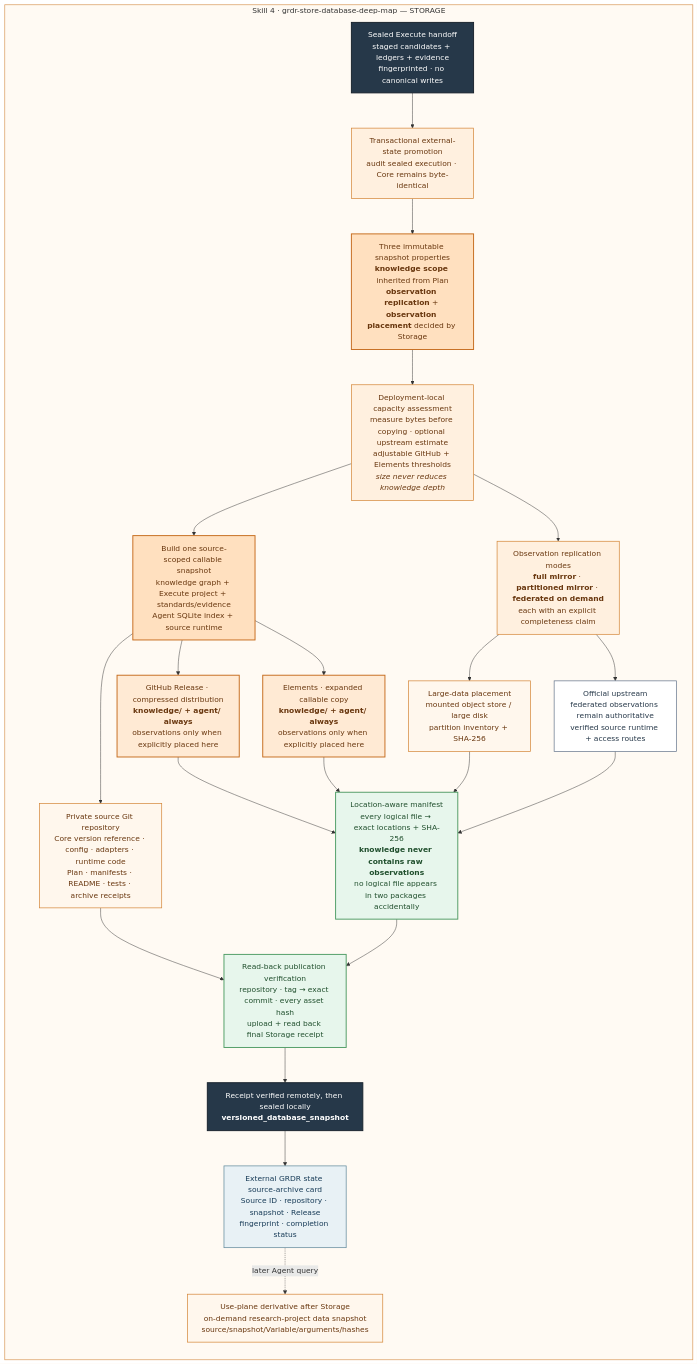
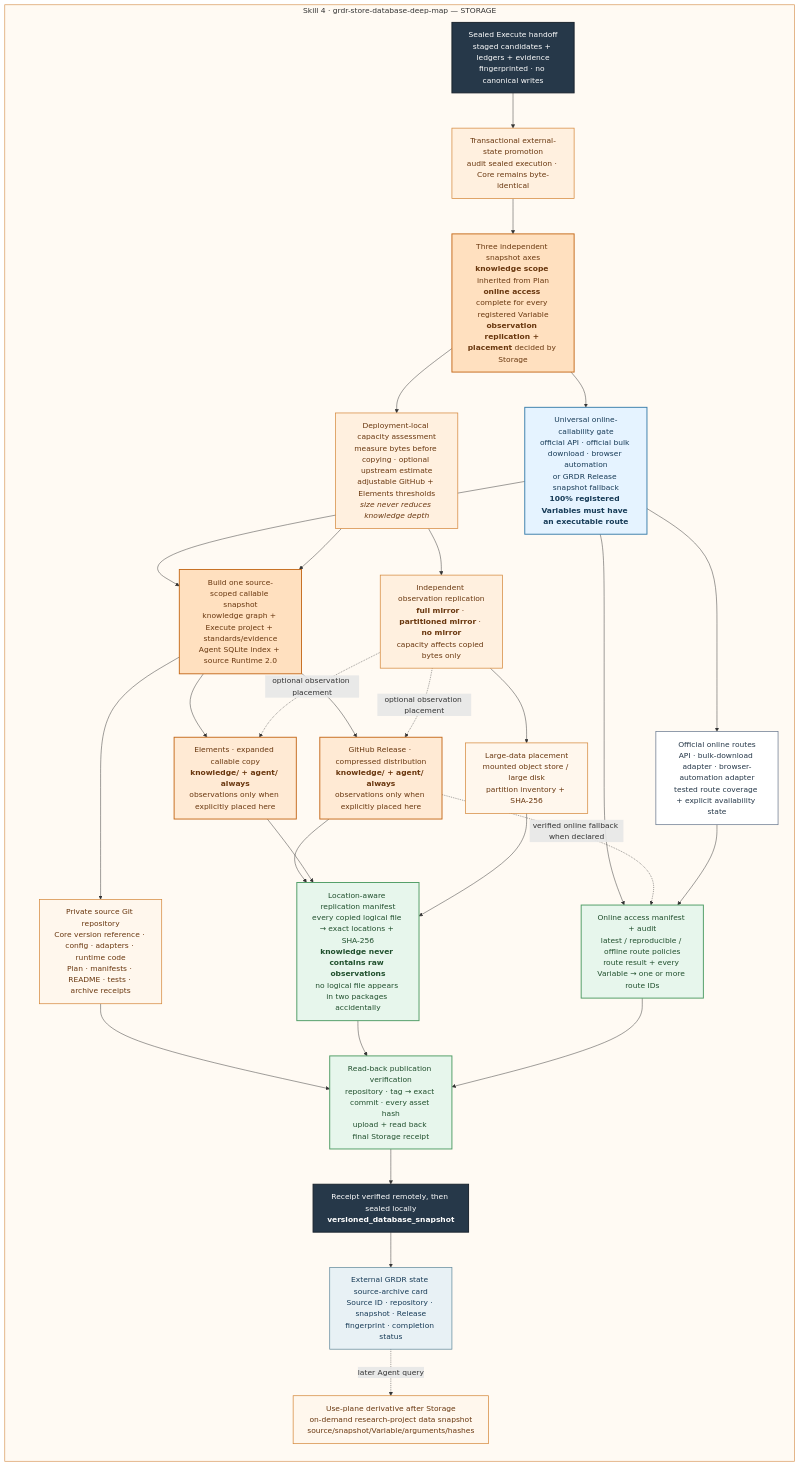
The fourth of 5 diagrams in README.md (yangyuezh/grdr-core-version-archive), drawn with Mermaid before and after one commit. The commit also changed other lines of this file and 33 other files, not shown here.

Commit message:
release: add universal online source runtime v4.3.0

````diff
--- a/README.md
+++ b/README.md
@@ -166,50 +166,60 @@
 ```mermaid
 flowchart TB
         SEALED["Sealed Execute handoff<br/>staged candidates + ledgers + evidence<br/>fingerprinted · no canonical writes"]:::handoff
 
         subgraph STORAGE["Skill 4 · grdr-store-database-deep-map — STORAGE"]
             direction TB
             S_PROMOTE["Transactional external-state promotion<br/>audit sealed execution · Core remains byte-identical"]:::storage
-            S_PROFILE["Three immutable snapshot properties<br/><b>knowledge scope</b> inherited from Plan<br/><b>observation replication</b> + <b>observation placement</b> decided by Storage"]:::storageStrong
+            S_PROFILE["Three independent snapshot axes<br/><b>knowledge scope</b> inherited from Plan<br/><b>online access</b> complete for every registered Variable<br/><b>observation replication + placement</b> decided by Storage"]:::storageStrong
             S_CAPACITY["Deployment-local capacity assessment<br/>measure bytes before copying · optional upstream estimate<br/>adjustable GitHub + Elements thresholds<br/><i>size never reduces knowledge depth</i>"]:::storage
-            S_PACKAGE["Build one source-scoped callable snapshot<br/>knowledge graph + Execute project + standards/evidence<br/>Agent SQLite index + source runtime"]:::storageStrong
-            S_MODES["Observation replication modes<br/><b>full mirror</b> · <b>partitioned mirror</b> · <b>federated on demand</b><br/>each with an explicit completeness claim"]:::storage
+            S_ONLINE["Universal online-callability gate<br/>official API · official bulk download · browser automation<br/>or GRDR Release snapshot fallback<br/><b>100% registered Variables must have an executable route</b>"]:::online
+            S_PACKAGE["Build one source-scoped callable snapshot<br/>knowledge graph + Execute project + standards/evidence<br/>Agent SQLite index + source Runtime 2.0"]:::storageStrong
+            S_MODES["Independent observation replication<br/><b>full mirror</b> · <b>partitioned mirror</b> · <b>no mirror</b><br/>capacity affects copied bytes only"]:::storage
 
             S_REPO["Private source Git repository<br/>Core version reference · config · adapters · runtime code<br/>Plan · manifests · README · tests · archive receipts"]:::artifact
             S_RELEASE["GitHub Release · compressed distribution<br/><b>knowledge/ + agent/ always</b><br/>observations only when explicitly placed here"]:::artifactStrong
             S_ELEMENTS["Elements · expanded callable copy<br/><b>knowledge/ + agent/ always</b><br/>observations only when explicitly placed here"]:::artifactStrong
             S_LARGE["Large-data placement<br/>mounted object store / large disk<br/>partition inventory + SHA-256"]:::artifact
-            S_UPSTREAM["Official upstream<br/>federated observations remain authoritative<br/>verified source runtime + access routes"]:::external
+            S_UPSTREAM["Official online routes<br/>API · bulk-download adapter · browser-automation adapter<br/>tested route coverage + explicit availability state"]:::external
             S_CACHE["Use-plane derivative after Storage<br/>on-demand research-project data snapshot<br/>source/snapshot/Variable/arguments/hashes"]:::artifact
-            S_MANIFEST["Location-aware manifest<br/>every logical file → exact locations + SHA-256<br/><b>knowledge never contains raw observations</b><br/>no logical file appears in two packages accidentally"]:::verify
+            S_ONLINE_MANIFEST["Online access manifest + audit<br/>latest / reproducible / offline route policies<br/>route result + every Variable → one or more route IDs"]:::verify
+            S_MANIFEST["Location-aware replication manifest<br/>every copied logical file → exact locations + SHA-256<br/><b>knowledge never contains raw observations</b><br/>no logical file appears in two packages accidentally"]:::verify
             S_VERIFY["Read-back publication verification<br/>repository · tag → exact commit · every asset hash<br/>upload + read back final Storage receipt"]:::verify
             S_RECEIPT["Receipt verified remotely, then sealed locally<br/><b>versioned_database_snapshot</b>"]:::handoff
             S_CARD["External GRDR state source-archive card<br/>Source ID · repository · snapshot · Release<br/>fingerprint · completion status"]:::shared
 
-            SEALED --> S_PROMOTE --> S_PROFILE --> S_CAPACITY --> S_PACKAGE
+            SEALED --> S_PROMOTE --> S_PROFILE
+            S_PROFILE --> S_ONLINE --> S_PACKAGE
+            S_PROFILE --> S_CAPACITY --> S_PACKAGE
             S_CAPACITY --> S_MODES
             S_PACKAGE --> S_REPO
             S_PACKAGE --> S_RELEASE
             S_PACKAGE --> S_ELEMENTS
+            S_MODES -. "optional observation placement" .-> S_RELEASE
+            S_MODES -. "optional observation placement" .-> S_ELEMENTS
             S_MODES --> S_LARGE
-            S_MODES --> S_UPSTREAM
+            S_ONLINE --> S_UPSTREAM
+            S_ONLINE --> S_ONLINE_MANIFEST
             S_RELEASE --> S_MANIFEST
+            S_RELEASE -. "verified online fallback when declared" .-> S_ONLINE_MANIFEST
             S_ELEMENTS --> S_MANIFEST
             S_LARGE --> S_MANIFEST
-            S_UPSTREAM --> S_MANIFEST
+            S_UPSTREAM --> S_ONLINE_MANIFEST
             S_REPO --> S_VERIFY
             S_MANIFEST --> S_VERIFY
+            S_ONLINE_MANIFEST --> S_VERIFY
             S_VERIFY --> S_RECEIPT --> S_CARD
             S_CARD -. "later Agent query" .-> S_CACHE
         end
 
     classDef shared fill:#E8F1F5,stroke:#5E879A,color:#173B57,stroke-width:1.5px;
     classDef handoff fill:#263849,stroke:#17212B,color:#FFFFFF,stroke-width:2px;
     classDef storage fill:#FFF0DF,stroke:#D48638,color:#69370F,stroke-width:1.5px;
     classDef storageStrong fill:#FFE0BF,stroke:#C56A1B,color:#69370F,stroke-width:2px;
+    classDef online fill:#E5F3FF,stroke:#397DAA,color:#173B57,stroke-width:2px;
     classDef artifact fill:#FFF7ED,stroke:#D48638,color:#69370F,stroke-width:1.5px;
     classDef artifactStrong fill:#FFEAD4,stroke:#C56A1B,color:#69370F,stroke-width:2px;
     classDef external fill:#FFFFFF,stroke:#64748B,color:#263849,stroke-width:1.5px;
     classDef verify fill:#E7F6EC,stroke:#4D9B63,color:#204F2D,stroke-width:2px;
     style STORAGE fill:#FFFAF3,stroke:#D99A5D,stroke-width:1.5px
 ```
````
